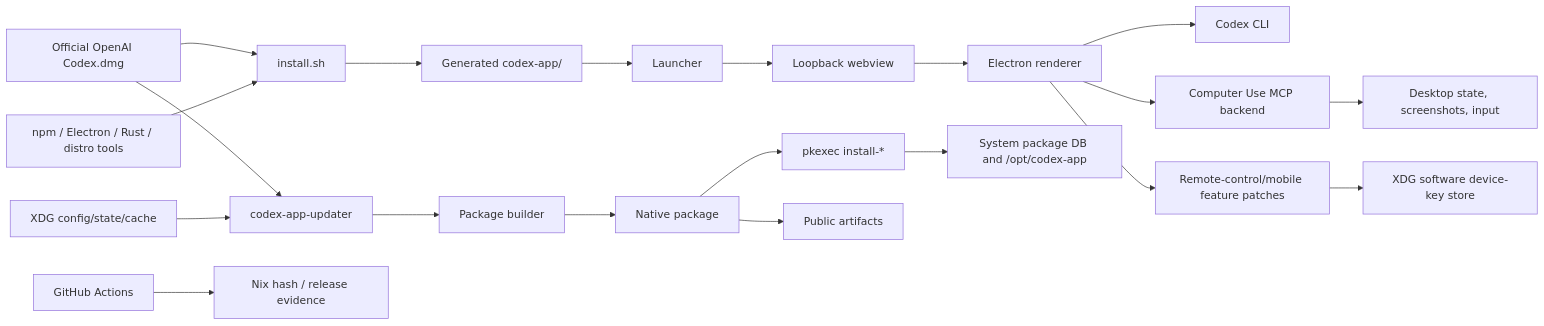
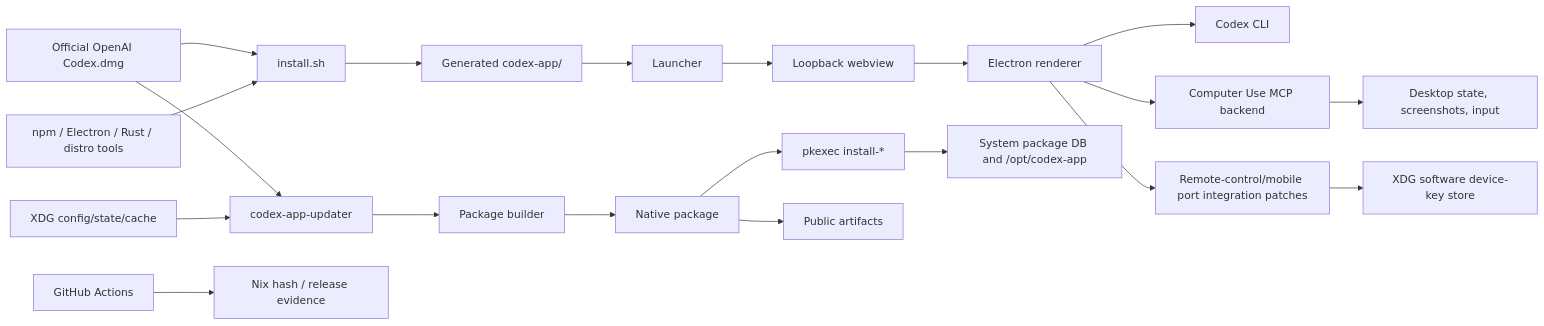
One commit to nisavid/codex-app-linux changed the diagram in docs/maintainers/threat-model.md. Above: the diagram before and after it, drawn with Mermaid. The commit also changed other lines of this file and 100 other files, not shown here.

````diff
--- a/docs/maintainers/threat-model.md
+++ b/docs/maintainers/threat-model.md
@@ -187,22 +188,22 @@
 ```mermaid
 flowchart LR
   D["Official OpenAI Codex.dmg"] --> I["install.sh"]
   D --> U["codex-app-updater"]
   N["npm / Electron / Rust / distro tools"] --> I
   I --> G["Generated codex-app/"]
   G --> L["Launcher"]
   L --> W["Loopback webview"]
   W --> E["Electron renderer"]
   E --> C["Codex CLI"]
   E --> M["Computer Use MCP backend"]
-  E --> RC["Remote-control/mobile feature patches"]
+  E --> RC["Remote-control/mobile port integration patches"]
   M --> H["Desktop state, screenshots, input"]
   RC --> K["XDG software device-key store"]
   U --> B["Package builder"]
   B --> P["Native package"]
   P --> X["pkexec install-*"]
   X --> S["System package DB and /opt/codex-app"]
   R["XDG config/state/cache"] --> U
   A["GitHub Actions"] --> F["Nix hash / release evidence"]
   P --> O["Public artifacts"]
 ```
````
